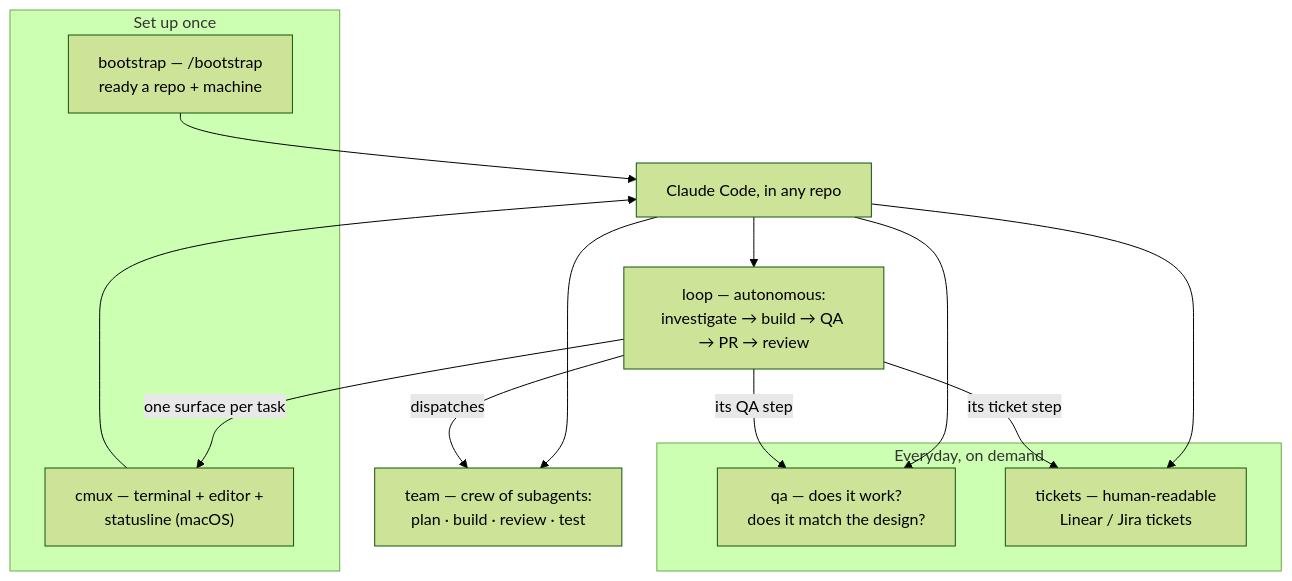
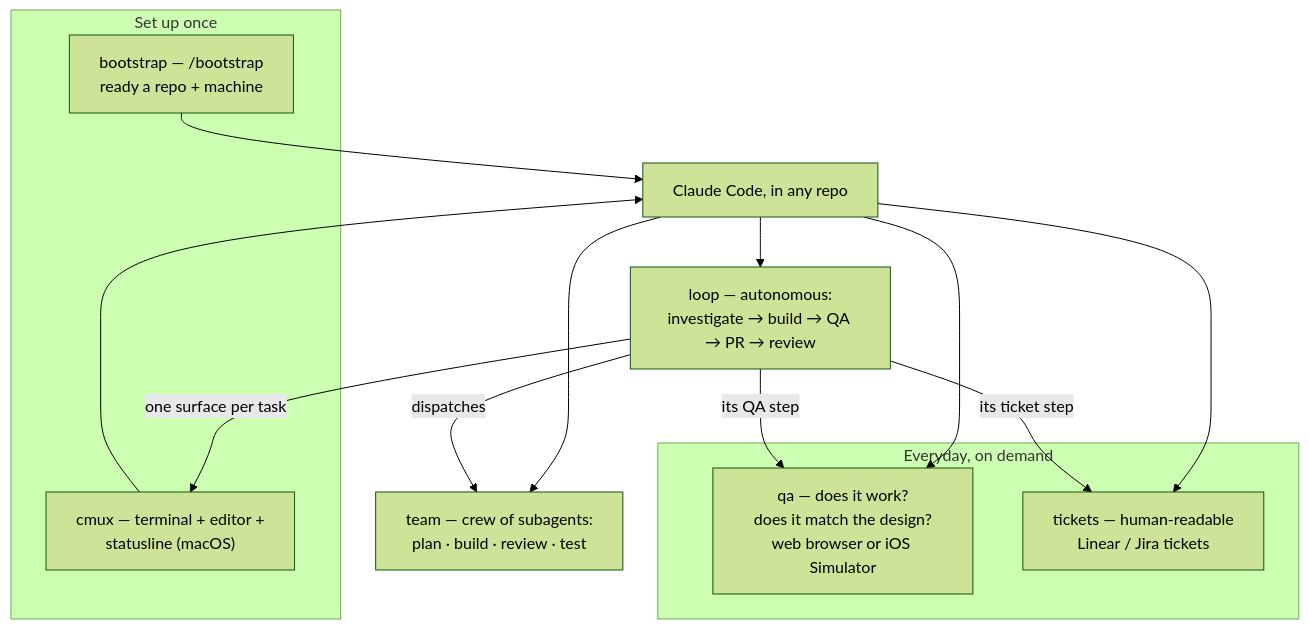
Before and after one commit to unisol1020/ai-tools: the diagram in README.md, drawn with Mermaid (forest theme). The commit also changed other lines of this file and 2 other files, not shown here.

Commit message:
docs(qa): surface native iOS Simulator QA in the README, graph and qa-run
manual-qa has driven the iOS Simulator via the Xcode MCP for a while, and
install.sh registers that MCP, but nothing in the docs said so — the README
and its flowchart read as browser-only. Adds the platform axis (web | native
iOS) to both READMEs and the diagram, the one-time Xcode setup, and the
native tool row.

qa-run also gains the matching platform gate: it picks web vs native, skips
the URL question for a native app (remembering "platform": "native" on the
app entry), registers the Xcode MCP when missing, and passes the platform +
Simulator/Xcode context to manual-qa.

Claude-Session: https://claude.ai/code/session_01LLqLWYod7SymuXn7e1KYQa

````diff
--- a/README.md
+++ b/README.md
@@ -9,24 +9,24 @@
 ```mermaid
 flowchart TD
   subgraph setup["Set up once"]
     BOOT["bootstrap — /bootstrap<br/>ready a repo + machine"]
     CMUX["cmux — terminal + editor +<br/>statusline (macOS)"]
   end
   CC["Claude Code, in any repo"]
   subgraph daily["Everyday, on demand"]
-    QA["qa — does it work?<br/>does it match the design?"]
+    QA["qa — does it work?<br/>does it match the design?<br/>web browser or iOS Simulator"]
     TIX["tickets — human-readable<br/>Linear / Jira tickets"]
   end
   TEAM["team — crew of subagents:<br/>plan · build · review · test"]
   LOOP["loop — autonomous:<br/>investigate → build → QA → PR → review"]
   BOOT --> CC
   CMUX --> CC
   CC --> QA
   CC --> TIX
   CC --> TEAM
   CC --> LOOP
   LOOP -->|its QA step| QA
   LOOP -->|its ticket step| TIX
   LOOP -->|dispatches| TEAM
   LOOP -->|one surface per task| CMUX
 ```
````
